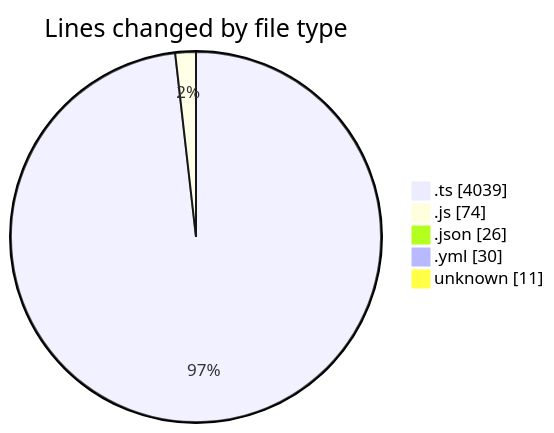
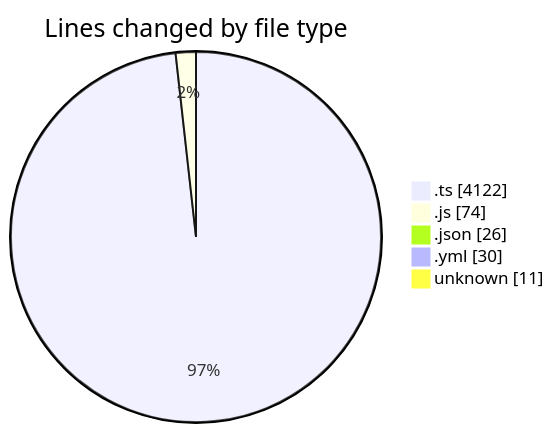
One commit to tmsrecording-cyber/code-tracking changed the first of 2 diagrams in 2026-02-07/singularitybrainai/README.md. Above: the diagram before and after it, drawn with Mermaid. The commit also changed other lines of this file and 1 other file, not shown here.

````diff
--- a/2026-02-07/singularitybrainai/README.md
+++ b/2026-02-07/singularitybrainai/README.md
@@ -35,9 +36,9 @@
 ```mermaid
 pie showData
 title Lines changed by file type
-".ts" : 4039
+".ts" : 4122
 ".js" : 74
 ".json" : 26
 ".yml" : 30
 "unknown" : 11
 ```
````
